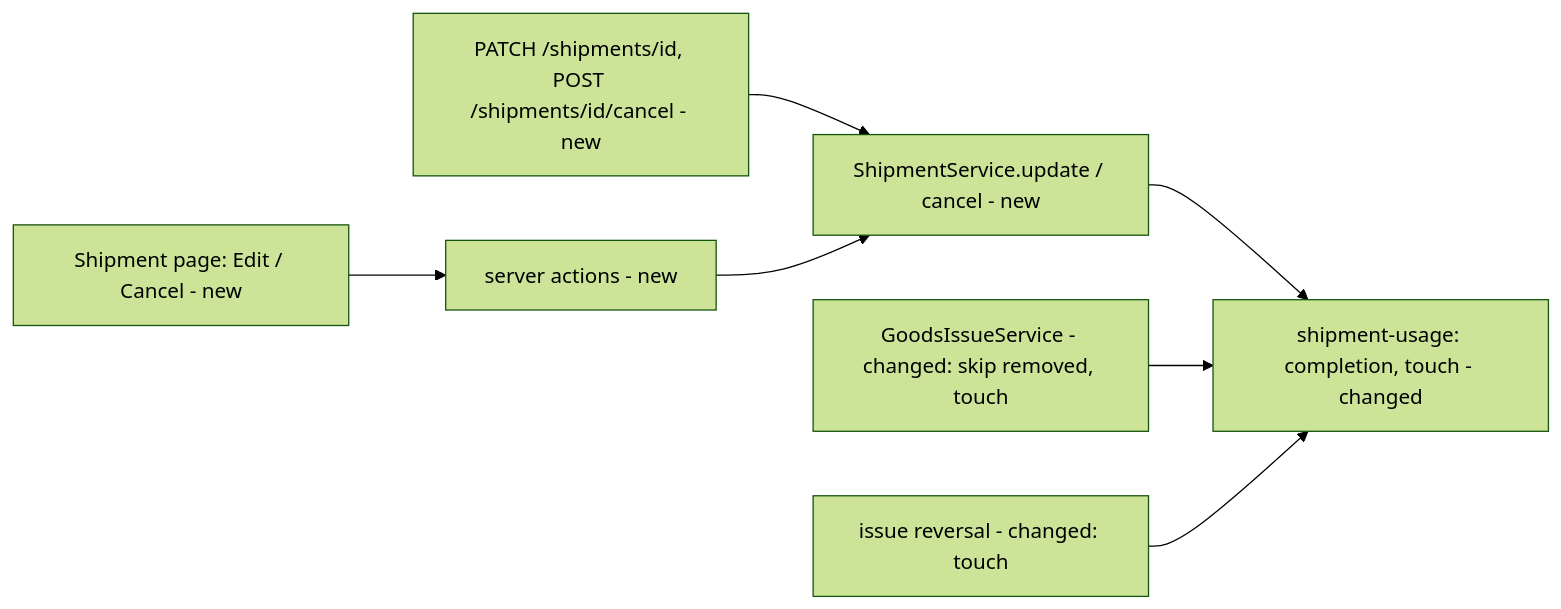
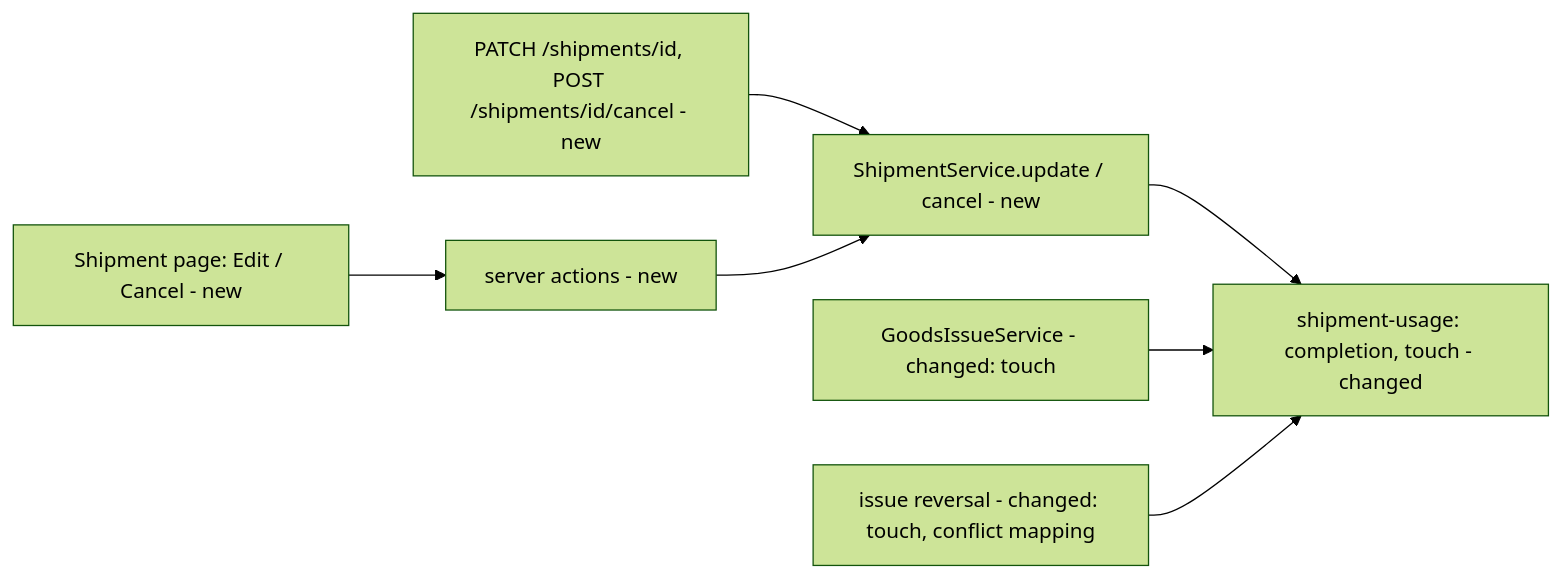
The diagram in .ai/specs/2026-10-23--2006UTC-shipment-edit-cancel.md (Piotr12/CPG), drawn with Mermaid (forest theme) before and after one commit. The commit also changed other lines of this file, not shown here.

````diff
--- a/.ai/specs/2026-10-23--2006UTC-shipment-edit-cancel.md
+++ b/.ai/specs/2026-10-23--2006UTC-shipment-edit-cancel.md
@@ -70,9 +72,9 @@
 ```mermaid
 flowchart LR
   page[Shipment page: Edit / Cancel - new] --> actions[server actions - new]
   api[PATCH /shipments/id, POST /shipments/id/cancel - new] --> svc
   actions --> svc[ShipmentService.update / cancel - new]
   svc --> usage[shipment-usage: completion, touch - changed]
-  issue[GoodsIssueService - changed: skip removed, touch] --> usage
-  rev[issue reversal - changed: touch] --> usage
+  issue[GoodsIssueService - changed: touch] --> usage
+  rev[issue reversal - changed: touch, conflict mapping] --> usage
 ```
````
